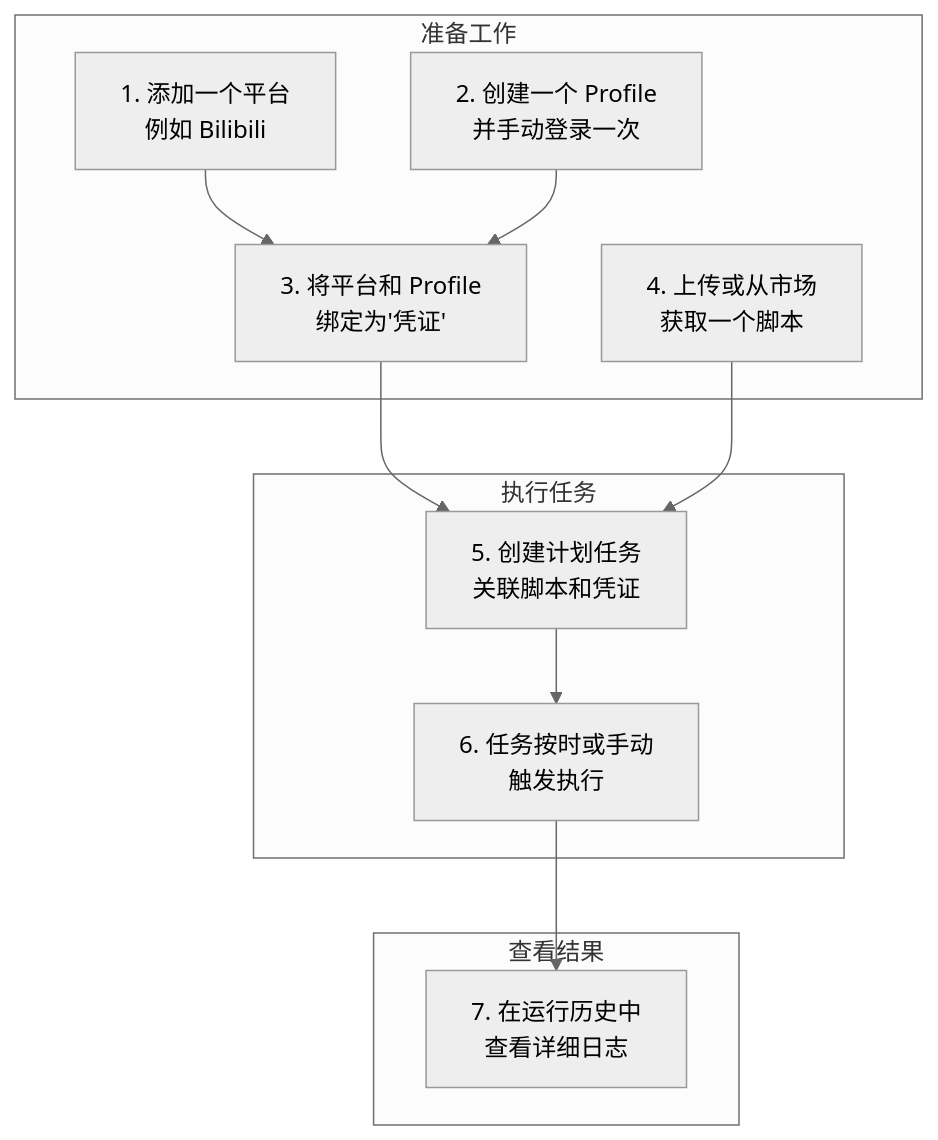
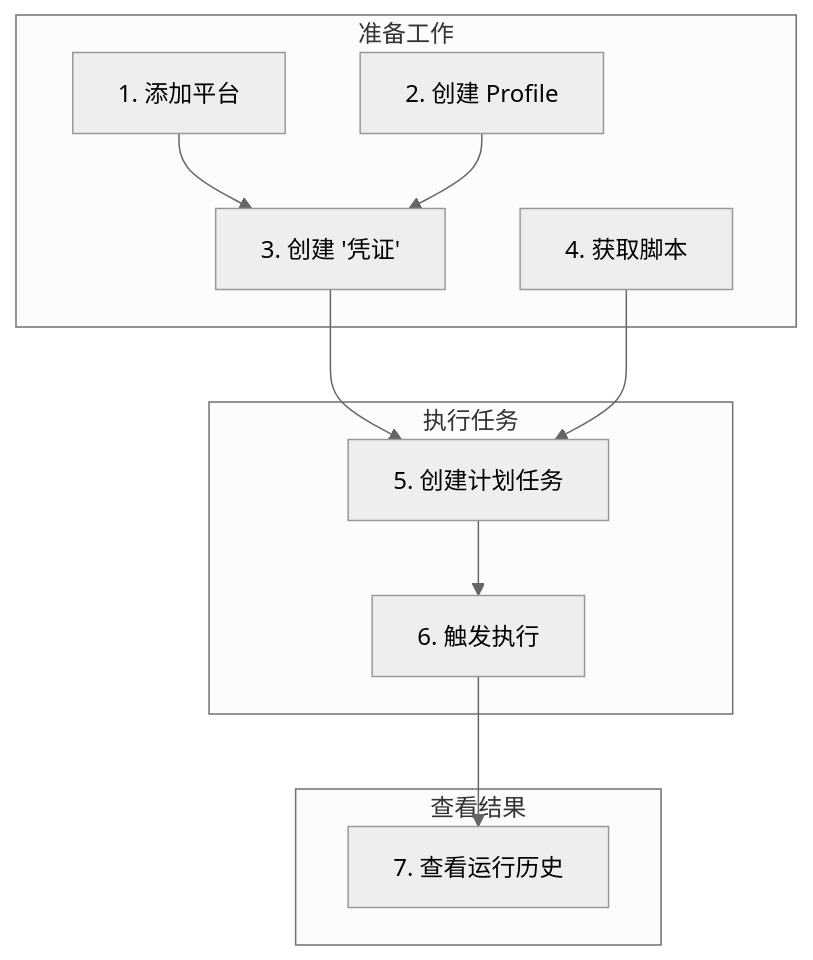
Before and after one commit to SuperDaniel-cn/anbao-scripts: the diagram in README.md, drawn with Mermaid (neutral theme). The commit also changed other lines of this file and 5 other files, not shown here.

````diff
--- a/README.md
+++ b/README.md
@@ -184,25 +50,25 @@
 ```mermaid
 graph TD
     subgraph "准备工作"
-        A[1. 添加一个平台<br>例如 Bilibili]
-        B[2. 创建一个 Profile<br>并手动登录一次]
-        C[3. 将平台和 Profile<br>绑定为'凭证']
-        D[4. 上传或从市场<br>获取一个脚本]
+        A[1. 添加平台]
+        B[2. 创建 Profile]
+        C[3. 创建 '凭证']
+        D[4. 获取脚本]
     end
 
     subgraph "执行任务"
-        E[5. 创建计划任务<br>关联脚本和凭证]
-        F[6. 任务按时或手动<br>触发执行]
+        E[5. 创建计划任务]
+        F[6. 触发执行]
     end
 
     subgraph "查看结果"
-        G[7. 在运行历史中<br>查看详细日志]
+        G[7. 查看运行历史]
     end
 
     A --> C
     B --> C
     C --> E
     D --> E
     E --> F
     F --> G
 ```
````
